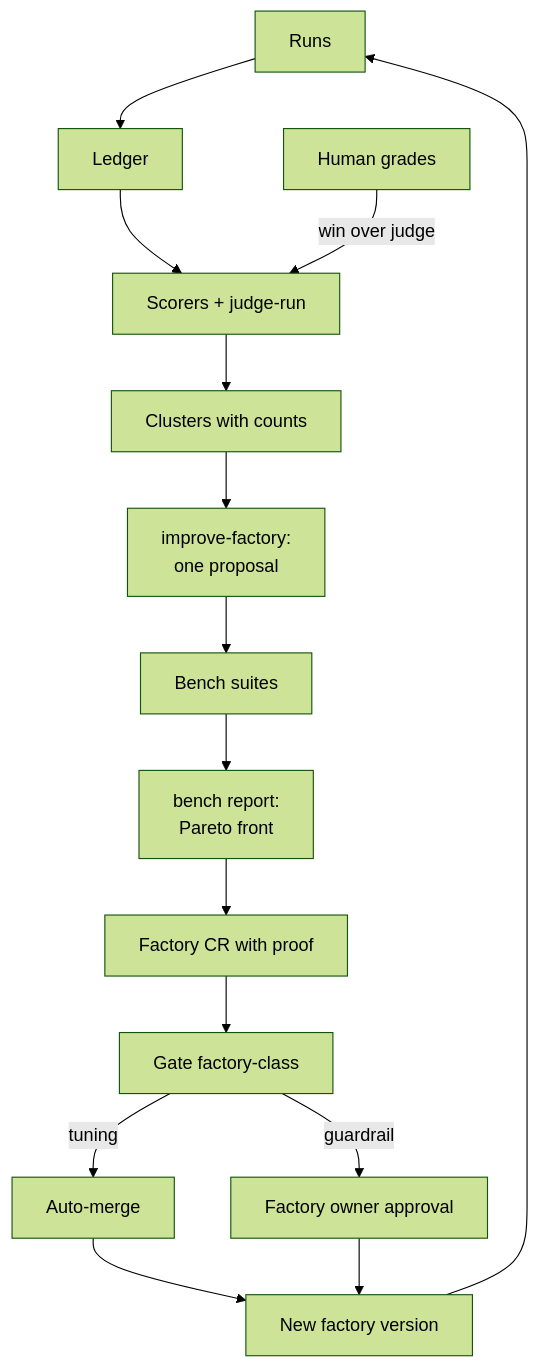
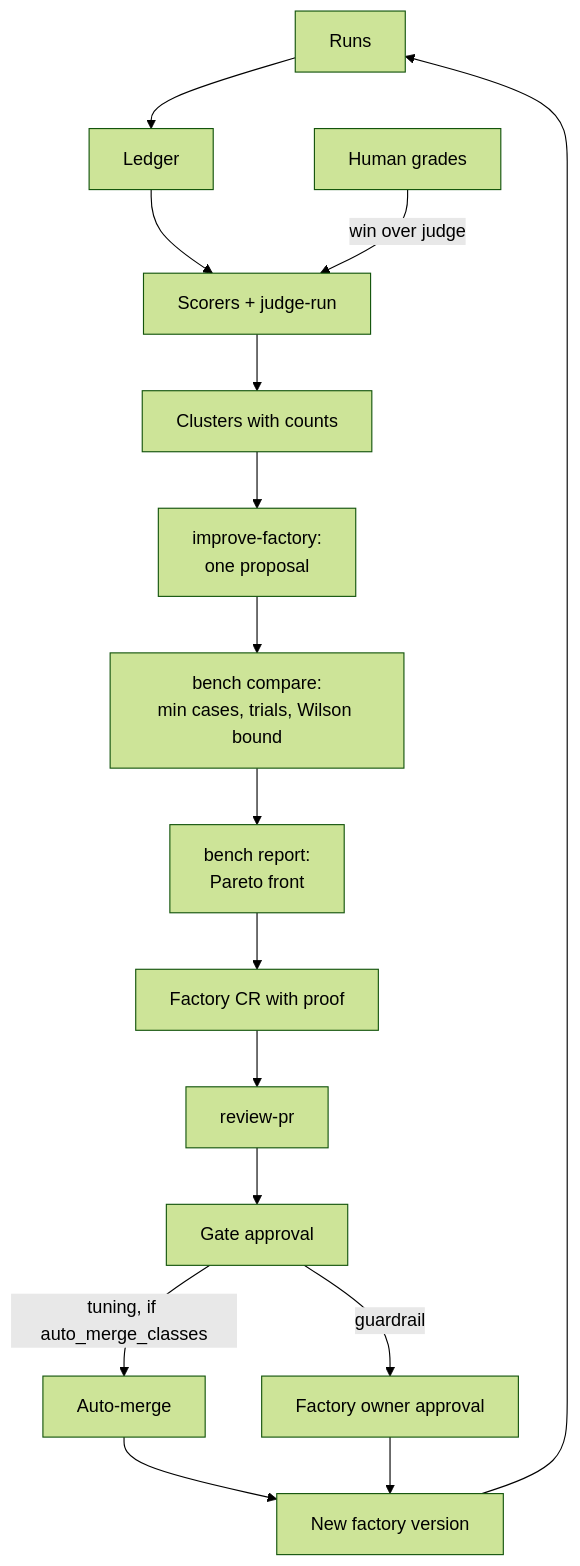
Before and after one commit to dmitriywind/agentic-sdlc: the fifth of 6 diagrams in docs/architecture/flows.md, drawn with Mermaid (forest theme). The commit also changed other lines of this file and 101 other files, not shown here.

````diff
--- a/docs/architecture/flows.md
+++ b/docs/architecture/flows.md
@@ -142,17 +153,18 @@
 ```mermaid
 flowchart TD
   RUN["Runs"] --> LED["Ledger"]
   LED --> SCO["Scorers + judge-run"]
   HG["Human grades"] -->|"win over judge"| SCO
   SCO --> CL["Clusters with counts"]
   CL --> IMP["improve-factory:<br/>one proposal"]
-  IMP --> BEN["Bench suites"]
+  IMP --> BEN["bench compare:<br/>min cases, trials, Wilson bound"]
   BEN --> PAR["bench report:<br/>Pareto front"]
   PAR --> CR["Factory CR with proof"]
-  CR --> FC["Gate factory-class"]
-  FC -->|"tuning"| AM["Auto-merge"]
+  CR --> RV["review-pr"]
+  RV --> FC["Gate approval"]
+  FC -->|"tuning, if auto_merge_classes"| AM["Auto-merge"]
   FC -->|"guardrail"| OWN["Factory owner approval"]
   AM --> NV["New factory version"]
   OWN --> NV
   NV --> RUN
 ```
````
